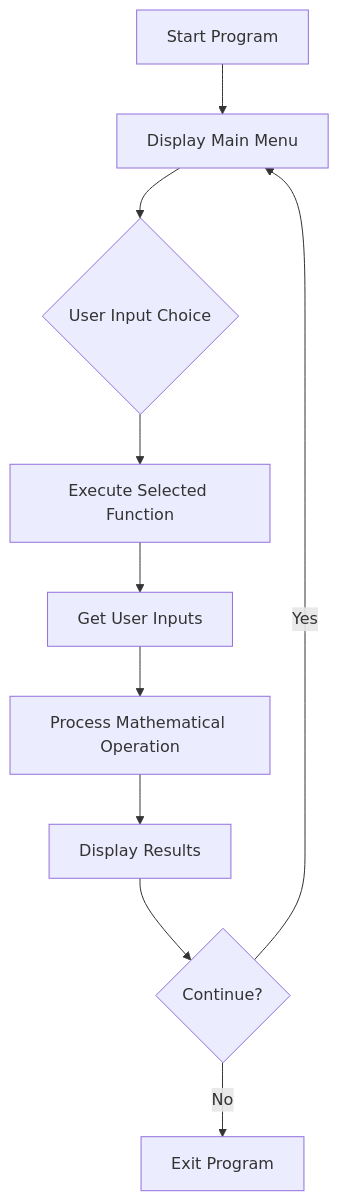
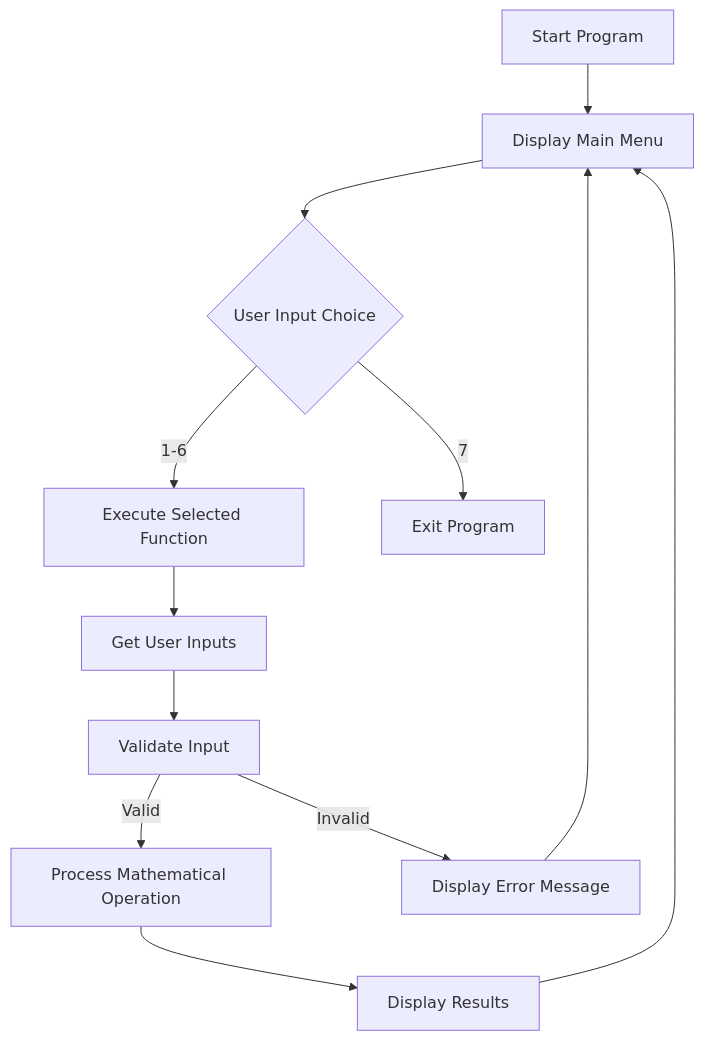
One commit to Chrisimana/kalkulator-multi-fungsi changed the diagram in README.md. Above: the diagram before and after it, drawn with Mermaid. The commit also changed other lines of this file and 4 other files, not shown here.

````diff
--- a/README.md
+++ b/README.md
@@ -138,12 +97,14 @@
 ```mermaid
 graph TD
     A[Start Program] --> B[Display Main Menu]
     B --> C{User Input Choice}
-    C --> D[Execute Selected Function]
+    C -->|1-6| D[Execute Selected Function]
+    C -->|7| I[Exit Program]
     D --> E[Get User Inputs]
-    E --> F[Process Mathematical Operation]
-    F --> G[Display Results]
-    G --> H{Continue?}
-    H -->|Yes| B
-    H -->|No| I[Exit Program]
+    E --> F[Validate Input]
+    F -->|Valid| G[Process Mathematical Operation]
+    F -->|Invalid| H[Display Error Message]
+    H --> B
+    G --> J[Display Results]
+    J --> B
 ```
````
